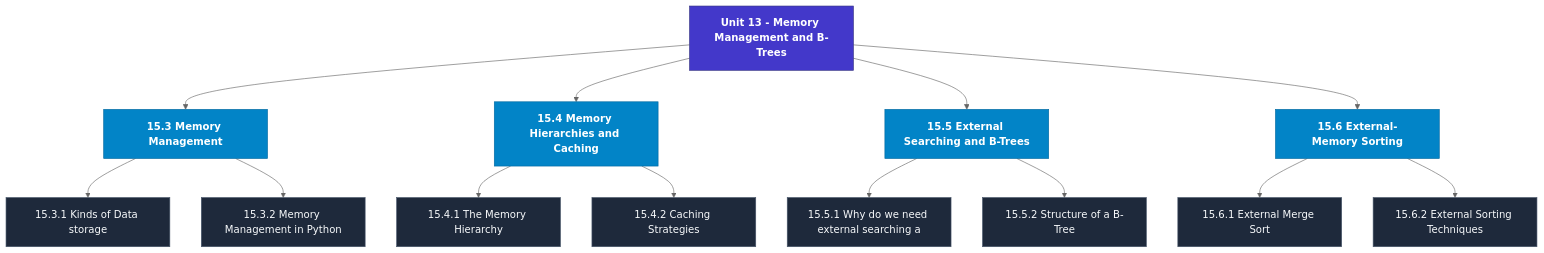
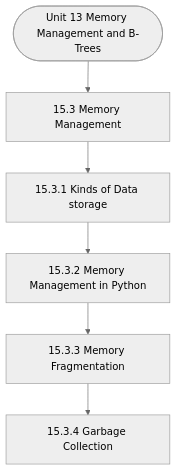
One commit to Asutosh-Coaching/mscdsa changed the diagram in notes/Semester_1/MCS-063_Data_Structures_using_Python/unit_13_Memory_Management_and_B-Trees.md. Above: the diagram before and after it, drawn with Mermaid (neutral theme). The commit also changed other lines of this file and 115 other files, not shown here.

Commit message:
Fix Mermaid layout for mobile, isolate LaTeX delimiters, and add GitHub Pages reader

````diff
--- a/notes/Semester_1/MCS-063_Data_Structures_using_Python/unit_13_Memory_Management_and_B-Trees.md
+++ b/notes/Semester_1/MCS-063_Data_Structures_using_Python/unit_13_Memory_Management_and_B-Trees.md
@@ -19,33 +19,14 @@
 ```mermaid
 flowchart TD
-  %% Styling Definitions
-  classDef head fill:#4338ca,stroke:#312e81,color:#ffffff,font-weight:bold;
-  classDef topic fill:#0284c7,stroke:#0369a1,color:#ffffff,font-weight:600;
-  classDef sub fill:#1e293b,stroke:#475569,color:#f8fafc;
-
-  Root["Unit 13 - Memory Management and B-Trees"]:::head
-  M1["15.3 Memory Management"]:::topic
-  Root --> M1
-  M1_1["15.3.1 Kinds of Data storage"]:::sub
-  M1 --> M1_1
-  M1_2["15.3.2 Memory Management in Python"]:::sub
-  M1 --> M1_2
-  M2["15.4 Memory Hierarchies and Caching"]:::topic
-  Root --> M2
-  M2_1["15.4.1 The Memory Hierarchy"]:::sub
-  M2 --> M2_1
-  M2_2["15.4.2 Caching Strategies"]:::sub
-  M2 --> M2_2
-  M3["15.5 External Searching and B-Trees"]:::topic
-  Root --> M3
-  M3_1["15.5.1 Why do we need external searching a"]:::sub
-  M3 --> M3_1
-  M3_2["15.5.2 Structure of a B-Tree"]:::sub
-  M3 --> M3_2
-  M4["15.6 External-Memory Sorting"]:::topic
-  Root --> M4
-  M4_1["15.6.1 External Merge Sort"]:::sub
-  M4 --> M4_1
-  M4_2["15.6.2 External Sorting Techniques"]:::sub
-  M4 --> M4_2
+  Start(["Unit 13 Memory Management and B-Trees"])
+  N1["15.3 Memory Management"]
+  N2["15.3.1 Kinds of Data storage"]
+  N3["15.3.2 Memory Management in Python"]
+  N4["15.3.3 Memory Fragmentation"]
+  N5["15.3.4 Garbage Collection"]
+  Start --> N1
+  N1 --> N2
+  N2 --> N3
+  N3 --> N4
+  N4 --> N5
 ```
````
